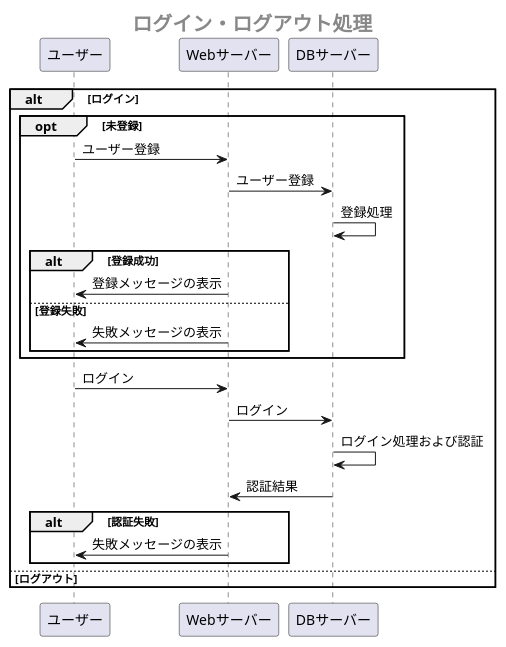
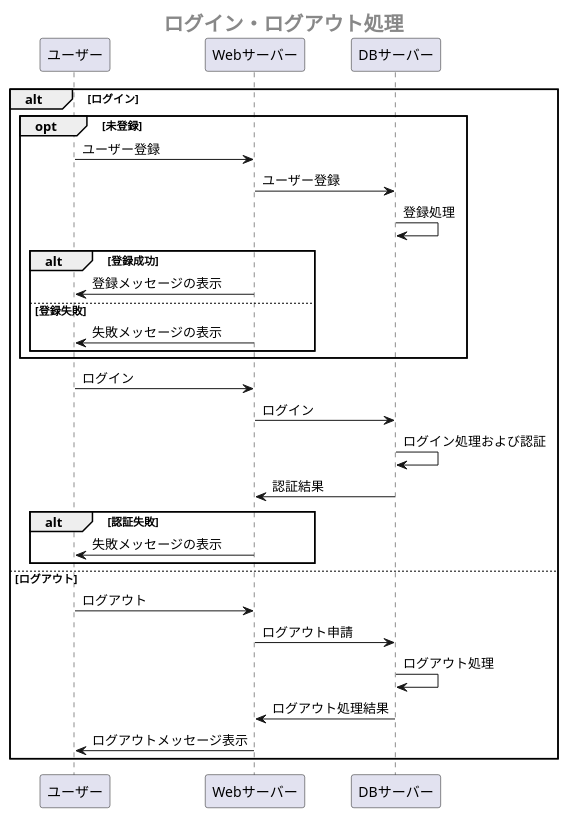
One commit to Aso2001385/2021sys-design changed the second of 2 diagrams in sample/OperationFrow.md. Above: the diagram before and after it, drawn with PlantUML. The commit also changed other lines of this file, not shown here.

````diff
--- a/sample/OperationFrow.md
+++ b/sample/OperationFrow.md
@@ -43,33 +42,38 @@
 ```uml
 
 @startuml
 center header <size:20><b>ログイン・ログアウト処理</b></size>
  
  alt ログイン
   opt 未登録
 
    ユーザー -> Webサーバー:ユーザー登録
    Webサーバー -> DBサーバー:ユーザー登録
    DBサーバー -> DBサーバー:登録処理
 
    alt 登録成功
      Webサーバー ->ユーザー:登録メッセージの表示
    else 登録失敗
      Webサーバー ->ユーザー:失敗メッセージの表示
    end
 
   end
 
   ユーザー -> Webサーバー:ログイン
   Webサーバー -> DBサーバー:ログイン
   DBサーバー -> DBサーバー:ログイン処理および認証
   DBサーバー -> Webサーバー:認証結果
 
   alt 認証失敗
    Webサーバー ->ユーザー:失敗メッセージの表示
   end
  else ログアウト
+  ユーザー -> Webサーバー:ログアウト
+  Webサーバー -> DBサーバー:ログアウト申請
+  DBサーバー -> DBサーバー:ログアウト処理
+  DBサーバー -> Webサーバー:ログアウト処理結果
+  Webサーバー ->ユーザー:ログアウトメッセージ表示
  end
  
 @enduml
 ```
````
